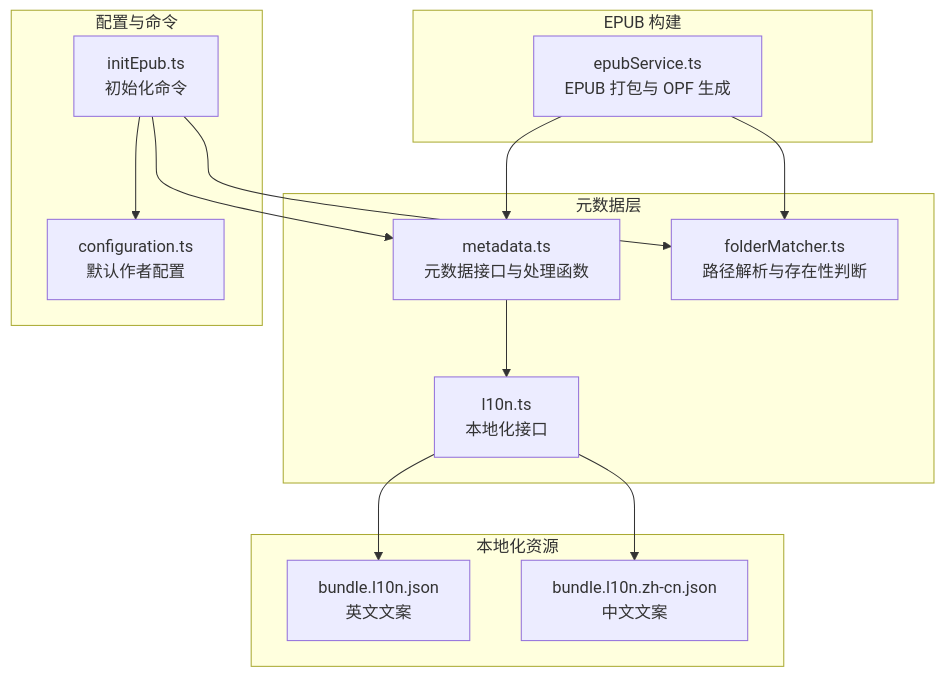
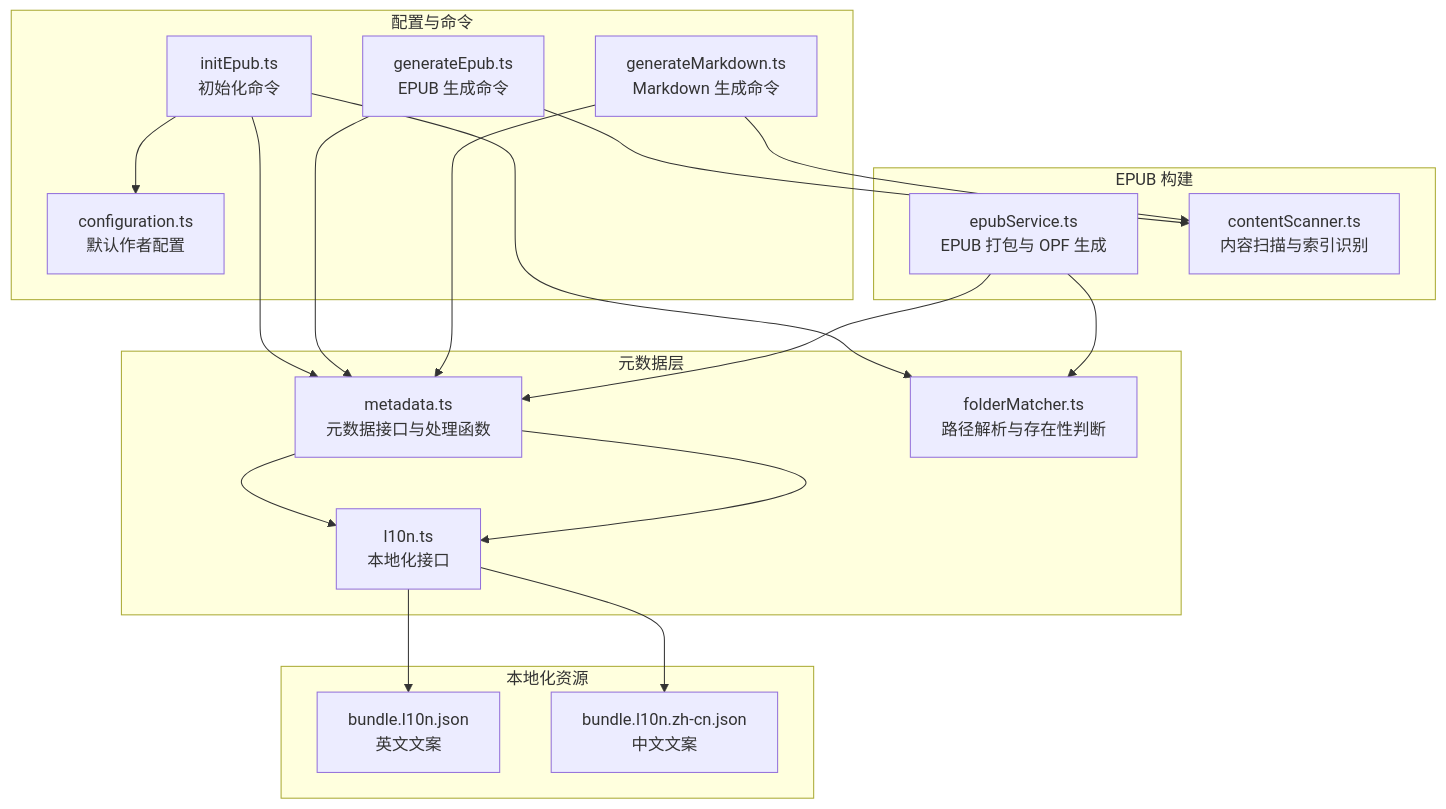
One commit to someok/vscode-folder2epub changed the first of 10 diagrams in .qoder/repowiki/zh/content/技术架构详解/EPUB 构建系统/元数据管理系统.md. Above: the diagram before and after it, drawn with Mermaid. The commit also changed other lines of this file and 4 other files, not shown here.

````diff
--- a/.qoder/repowiki/zh/content/技术架构详解/EPUB 构建系统/元数据管理系统.md
+++ b/.qoder/repowiki/zh/content/技术架构详解/EPUB 构建系统/元数据管理系统.md
@@ -44,27 +59,35 @@
 ```mermaid
 graph TB
 subgraph "元数据层"
 M["metadata.ts<br/>元数据接口与处理函数"]
 F["folderMatcher.ts<br/>路径解析与存在性判断"]
 L["l10n.ts<br/>本地化接口"]
 end
 subgraph "配置与命令"
 C["configuration.ts<br/>默认作者配置"]
 I["initEpub.ts<br/>初始化命令"]
+GE["generateEpub.ts<br/>EPUB 生成命令"]
+GM["generateMarkdown.ts<br/>Markdown 生成命令"]
 end
 subgraph "EPUB 构建"
 E["epubService.ts<br/>EPUB 打包与 OPF 生成"]
+CS["contentScanner.ts<br/>内容扫描与索引识别"]
 end
 subgraph "本地化资源"
 BL["bundle.l10n.json<br/>英文文案"]
 BZ["bundle.l10n.zh-cn.json<br/>中文文案"]
 end
 I --> M
 I --> C
 I --> F
 M --> L
+GE --> M
+GE --> CS
+GM --> M
+GM --> CS
+M --> L
 E --> M
 E --> F
 L --> BL
 L --> BZ
 ```
````
